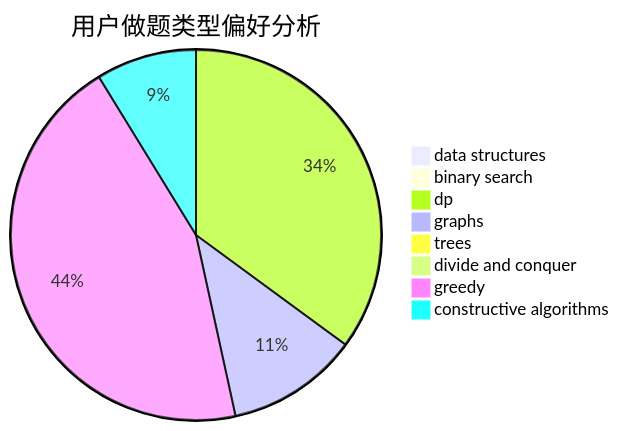
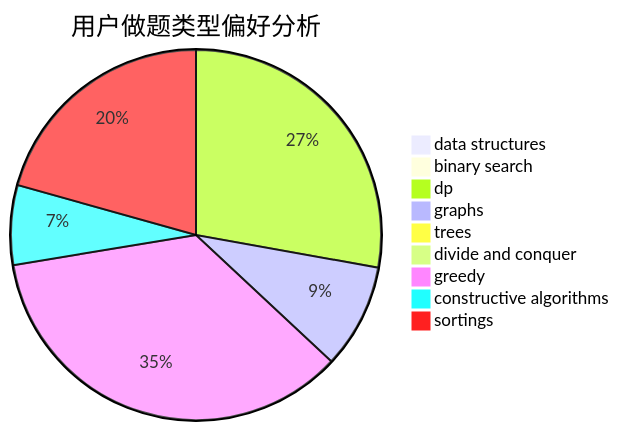
One commit to sherpahu/cfrs.github.io changed the second of 3 diagrams in docs/user/u2690.md. Above: the diagram before and after it, drawn with Mermaid. The commit also changed other lines of this file and 2769 other files, not shown here.

````diff
--- a/docs/user/u2690.md
+++ b/docs/user/u2690.md
@@ -23,11 +18,12 @@
 ```mermaid
 pie title 用户做题类型偏好分析
     "data structures" :  1
     "binary search" :  3
     "dp" :  128
     "graphs" :  42
     "trees" :  2
     "divide and conquer" :  1
     "greedy" :  163
     "constructive algorithms" :  32
+    "sortings" :  95
 ```
````
